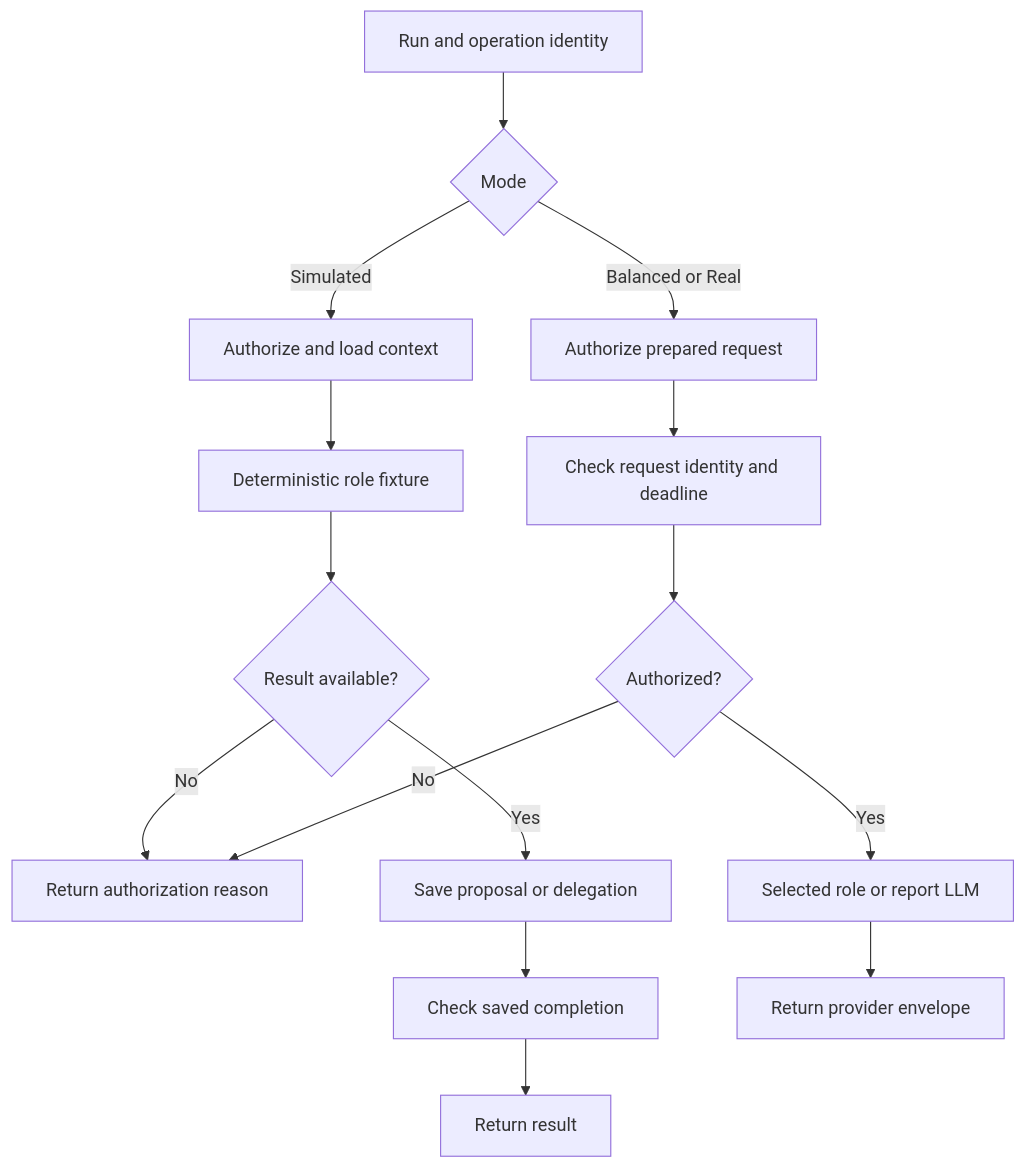
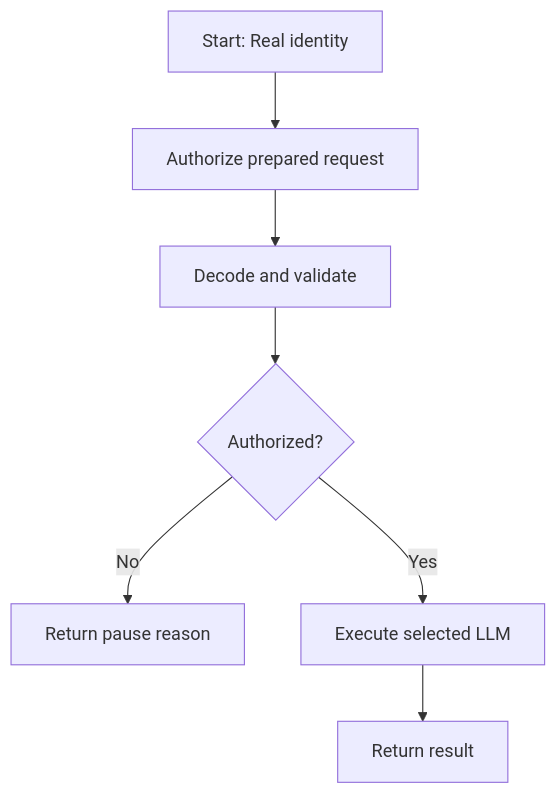
The diagram in docs/accepted/2026-09-27_dify-booklet-runner/workflow-package/workflows/issue65_m2_J06/README.md (karpishe-experiments/agentic-poc), drawn with Mermaid before and after one commit. The commit also changed other lines of this file and 61 other files, not shown here.

````diff
--- a/docs/accepted/2026-09-27_dify-booklet-runner/workflow-package/workflows/issue65_m2_J06/README.md
+++ b/docs/accepted/2026-09-27_dify-booklet-runner/workflow-package/workflows/issue65_m2_J06/README.md
@@ -53,17 +49,9 @@
 ```mermaid
 flowchart TD
-  start[Run and operation identity] --> mode{Mode}
-  mode -->|Simulated| auth[Authorize and load context]
-  auth --> sim[Deterministic role fixture]
-  sim --> sg{Result available?}
-  sg -->|No| pause[Return authorization reason]
-  sg -->|Yes| save[Save proposal or delegation]
-  save --> ack[Check saved completion]
-  ack --> result[Return result]
-  mode -->|Balanced or Real| paid[Authorize prepared request]
-  paid --> decode[Check request identity and deadline]
-  decode --> pg{Authorized?}
-  pg -->|No| pause
-  pg -->|Yes| llm[Selected role or report LLM]
-  llm --> output[Return provider envelope]
+  S[Start: Real identity] --> A[Authorize prepared request]
+  A --> D[Decode and validate]
+  D --> G{Authorized?}
+  G -->|No| P[Return pause reason]
+  G -->|Yes| E[Execute selected LLM]
+  E --> R[Return result]
 ```
````
